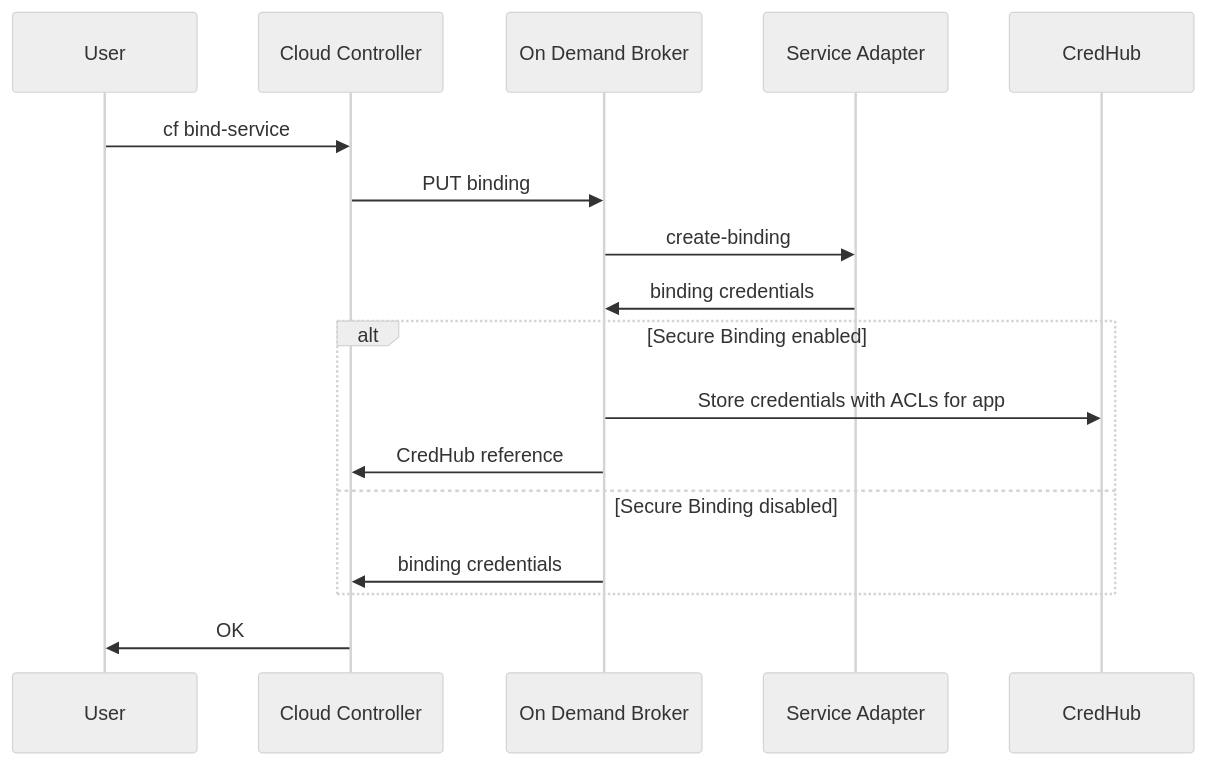
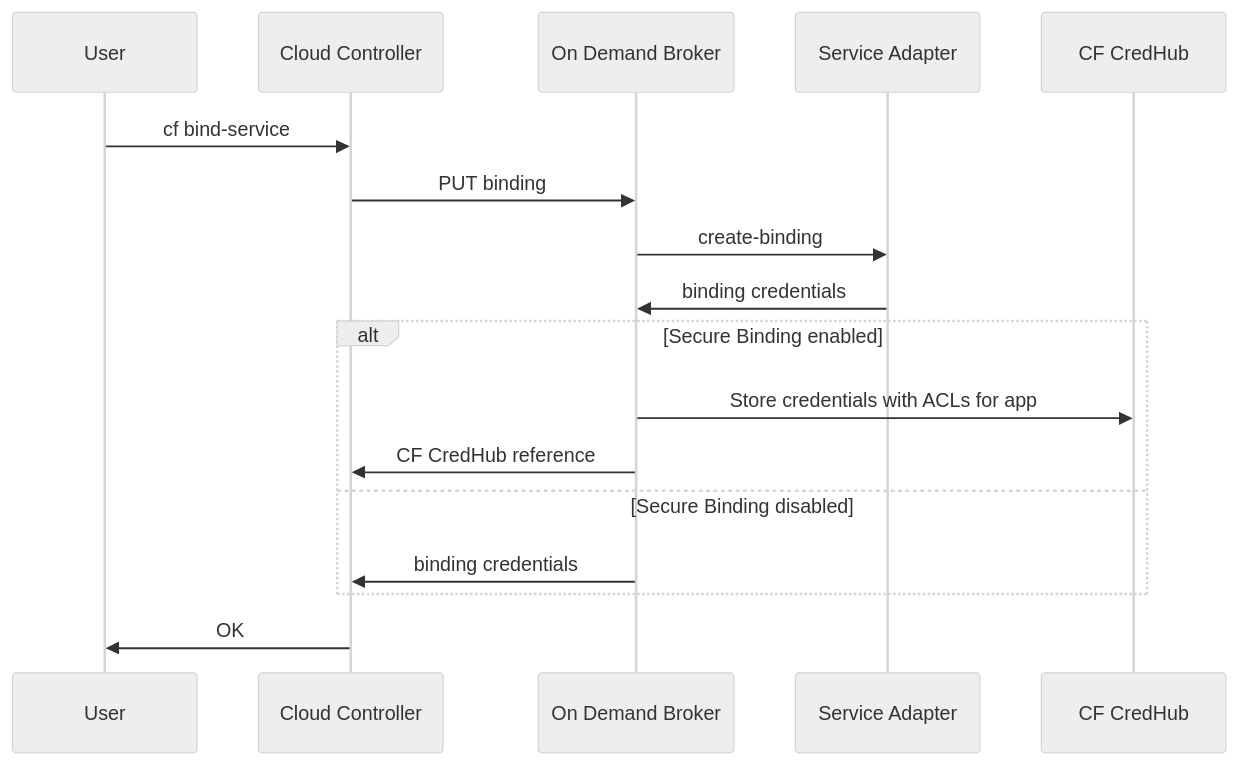
Before and after one commit to pivotal-cf/docs-on-demand-service-broker: the diagram in mmd/bind_service_workflow.mmd, drawn with Mermaid (neutral theme). The commit also changed 5 other files, not shown here.

```diff
--- a/mmd/bind_service_workflow.mmd
+++ b/mmd/bind_service_workflow.mmd
@@ -1,14 +1,14 @@
 <div class="mermaid">
 sequenceDiagram
   User->>Cloud Controller:cf bind-service
   Cloud Controller->>On Demand Broker:PUT binding
   On Demand Broker->>Service Adapter:create-binding
   Service Adapter->>On Demand Broker:binding credentials
   alt Secure Binding enabled
-  On Demand Broker->>CredHub:Store credentials with ACLs for app
-  On Demand Broker->>Cloud Controller:CredHub reference
+  On Demand Broker->>CF CredHub:Store credentials with ACLs for app
+  On Demand Broker->>Cloud Controller:CF CredHub reference
   else Secure Binding disabled
   On Demand Broker->>Cloud Controller:binding credentials
   end
   Cloud Controller->>User:OK
 </div>
```
